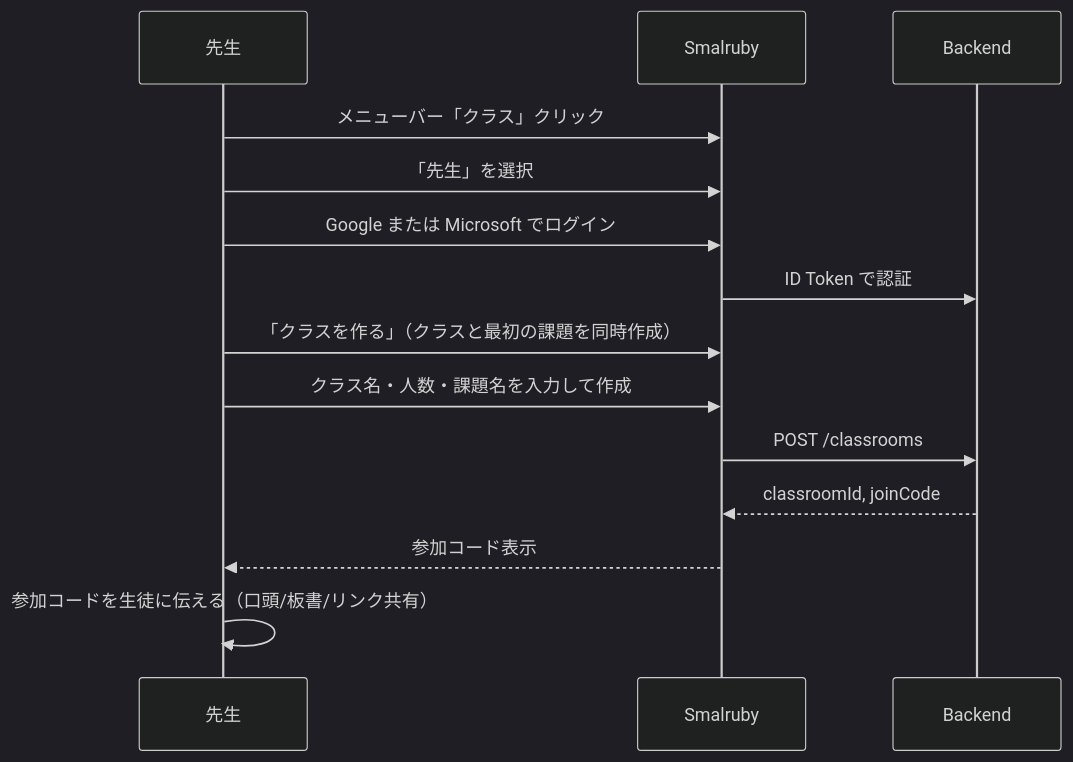
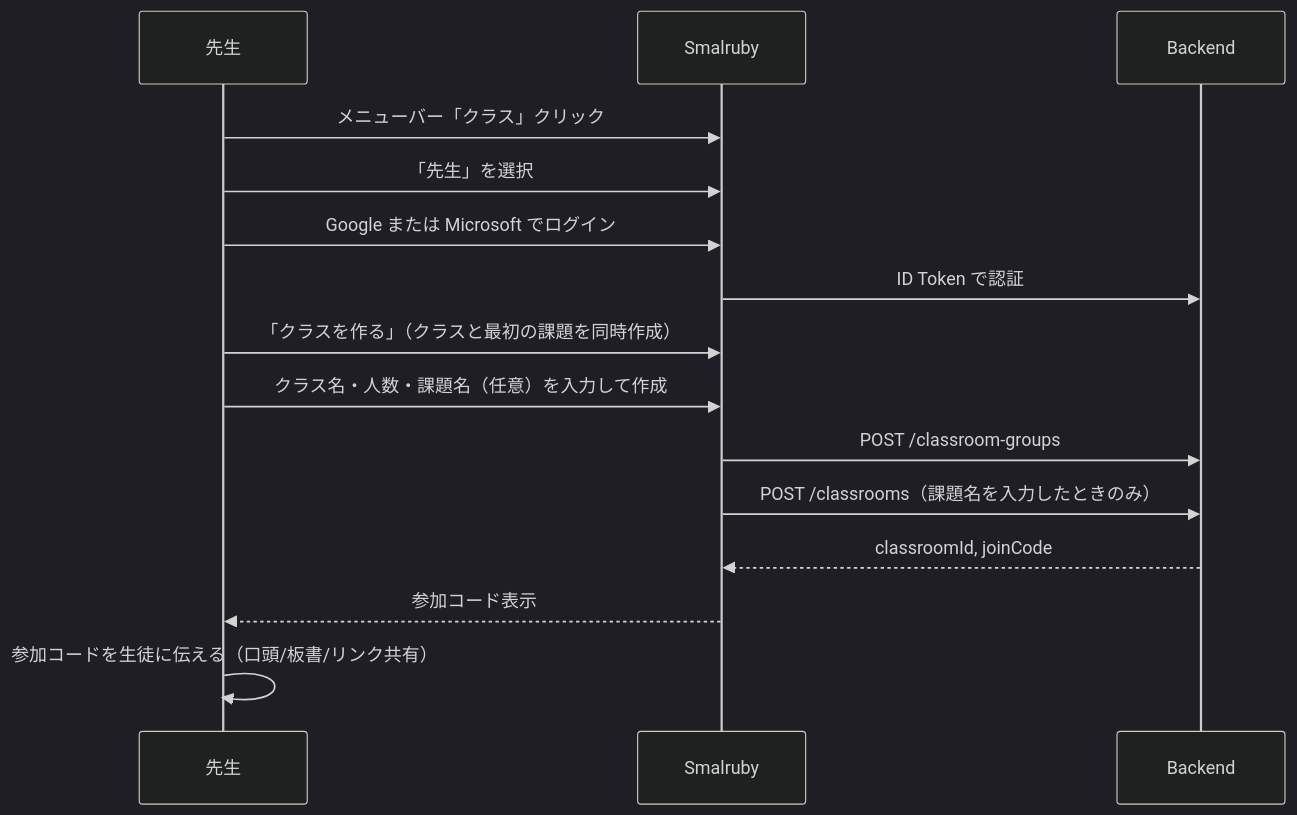
The first of 7 diagrams in docs/classroom/user-stories.md (smalruby/smalruby3-editor), drawn with Mermaid (dark theme) before and after one commit. The commit also changed other lines of this file and 3 other files, not shown here.

````diff
--- a/docs/classroom/user-stories.md
+++ b/docs/classroom/user-stories.md
@@ -27,17 +27,18 @@
 ```mermaid
 sequenceDiagram
     participant T as 先生
     participant UI as Smalruby
     participant API as Backend
 
     T->>UI: メニューバー「クラス」クリック
     T->>UI: 「先生」を選択
     T->>UI: Google または Microsoft でログイン
     UI->>API: ID Token で認証
     T->>UI: 「クラスを作る」（クラスと最初の課題を同時作成）
-    T->>UI: クラス名・人数・課題名を入力して作成
-    UI->>API: POST /classrooms
+    T->>UI: クラス名・人数・課題名（任意）を入力して作成
+    UI->>API: POST /classroom-groups
+    UI->>API: POST /classrooms（課題名を入力したときのみ）
     API-->>UI: classroomId, joinCode
     UI-->>T: 参加コード表示
     T->>T: 参加コードを生徒に伝える（口頭/板書/リンク共有）
 ```
````
